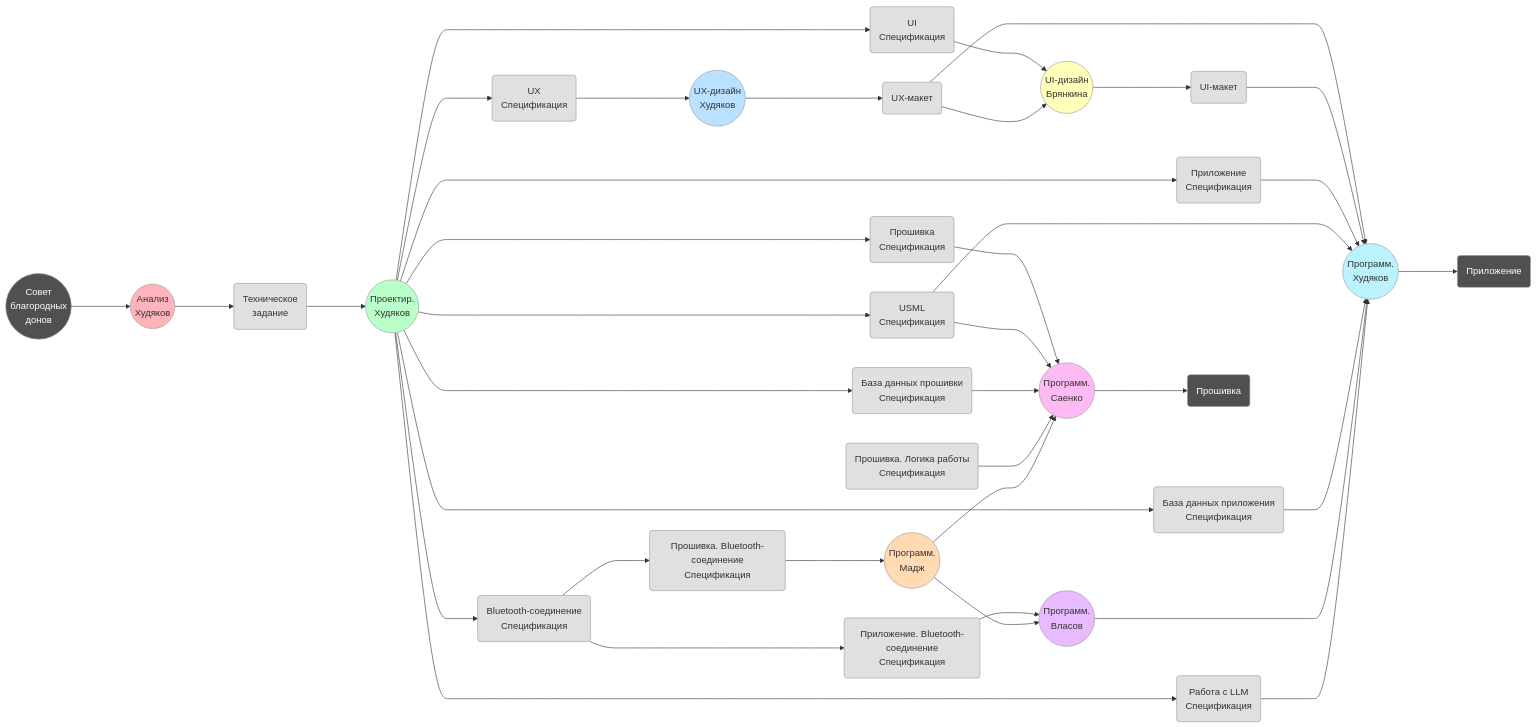
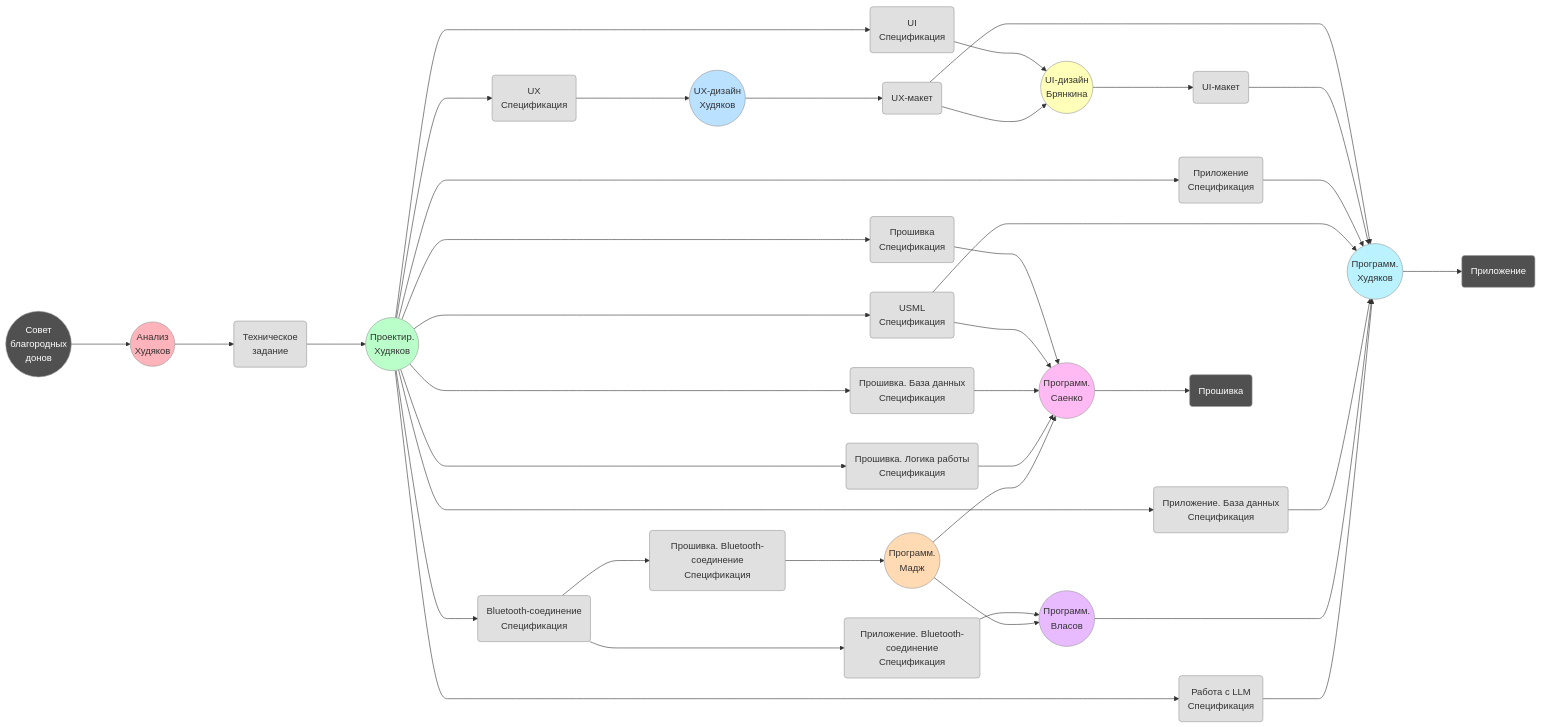
Before and after one commit to KhudyakovAlex/Synapse: the diagram in Project/process.md, drawn with Mermaid. The commit also changed 14 other files, not shown here.

```diff
--- a/Project/process.md
+++ b/Project/process.md
@@ -23,14 +23,15 @@
     PRO ---> DSP
     PRO ---> DSDB
     PRO ---> DSFWDB
+    PRO ---> DSFWL
     PRO ---> DSB
     PRO ---> DSLLM
 
     DSUX(UX<br>Спецификация)
     DSUI(UI<br>Спецификация)
     DSAPP(Приложение<br>Спецификация)
-    DSDB(База данных приложения<br>Спецификация)
-    DSFWDB(База данных прошивки<br>Спецификация)
+    DSDB(Приложение. База данных<br>Спецификация)
+    DSFWDB(Прошивка. База данных<br>Спецификация)
     DSFWL(Прошивка. Логика работы<br>Спецификация)
     DSP(USML<br>Спецификация)
     DSB(Bluetooth-соединение<br>Спецификация)
```
